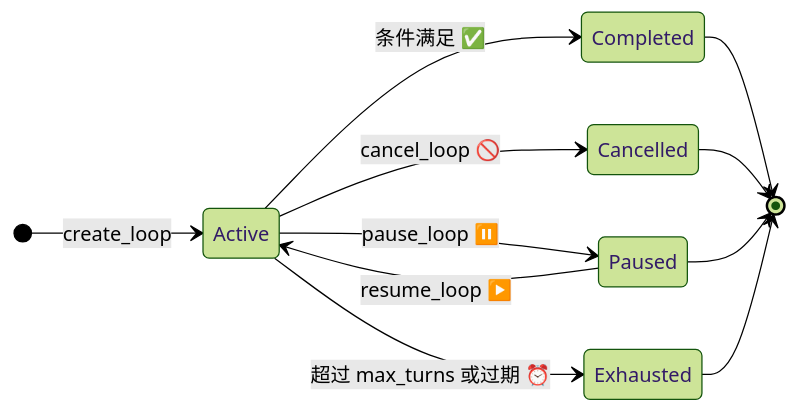
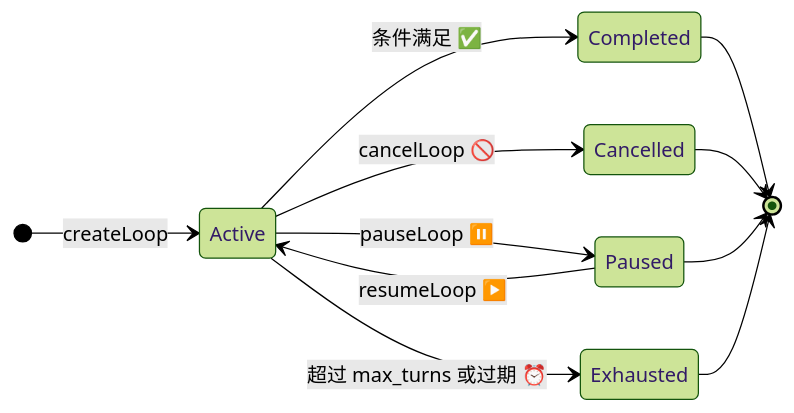
Before and after one commit to rtc-agent/docs: the sixth of 6 diagrams in src/content/docs/features/llm-tools.md, drawn with Mermaid (forest theme). The commit also changed other lines of this file and 13 other files, not shown here.

````diff
--- a/src/content/docs/features/llm-tools.md
+++ b/src/content/docs/features/llm-tools.md
@@ -319,16 +319,16 @@
 ```mermaid
 stateDiagram-v2
     direction LR
 
-    [*] --> Active: create_loop
-    Active --> Paused: pause_loop ⏸️
-    Paused --> Active: resume_loop ▶️
+    [*] --> Active: createLoop
+    Active --> Paused: pauseLoop ⏸️
+    Paused --> Active: resumeLoop ▶️
     Active --> Completed: 条件满足 ✅
-    Active --> Cancelled: cancel_loop 🚫
+    Active --> Cancelled: cancelLoop 🚫
     Active --> Exhausted: 超过 max_turns 或过期 ⏰
 
     Completed --> [*]
     Cancelled --> [*]
     Paused --> [*]
     Exhausted --> [*]
 ```
````
